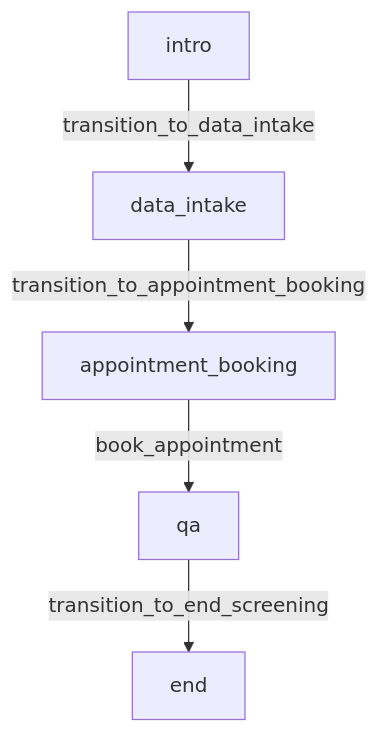
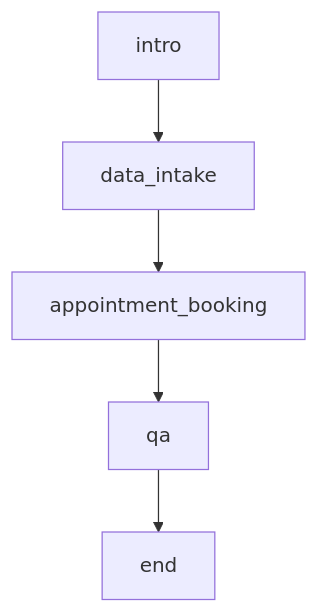
One commit to Akapulu/akapulu-examples changed the diagram in example-scenarios/healthcare-intake-scheduling/README.md. Above: the diagram before and after it, drawn with Mermaid.

Commit message:
updated mermaid diagram arrows

````diff
--- a/example-scenarios/healthcare-intake-scheduling/README.md
+++ b/example-scenarios/healthcare-intake-scheduling/README.md
@@ -29,12 +29,12 @@
 ```mermaid
 flowchart TD
   node_0["intro"]
   node_1["data_intake"]
   node_2["appointment_booking"]
   node_3["qa"]
   node_4["end"]
-  node_0 -->|transition_to_data_intake| node_1
-  node_1 -->|transition_to_appointment_booking| node_2
-  node_2 -->|book_appointment| node_3
-  node_3 -->|transition_to_end_screening| node_4
+  node_0 --> node_1
+  node_1 --> node_2
+  node_2 --> node_3
+  node_3 --> node_4
 ```
````
